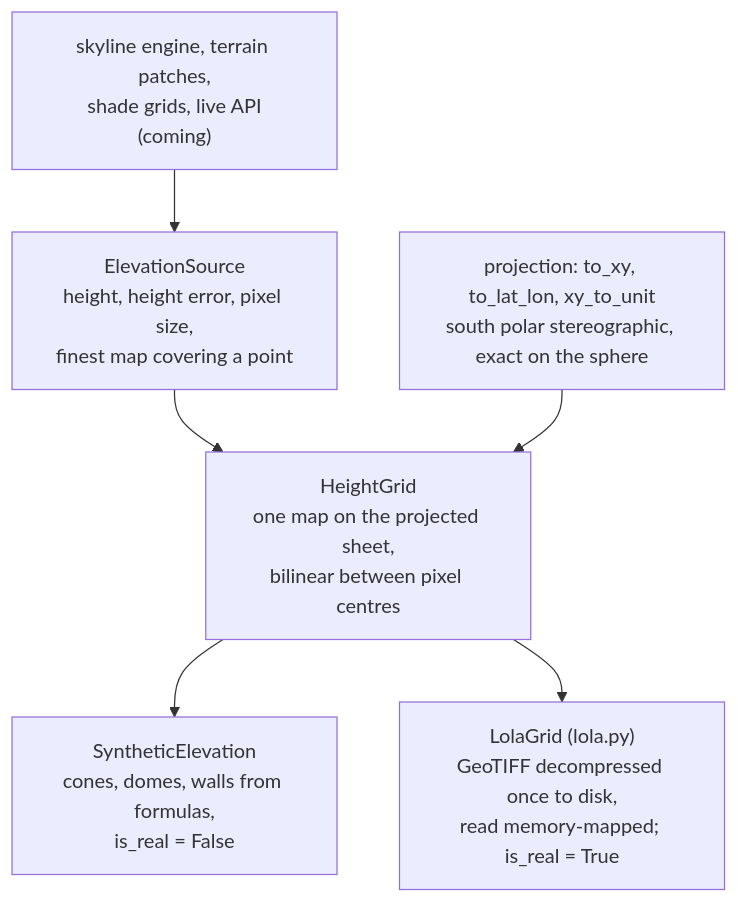
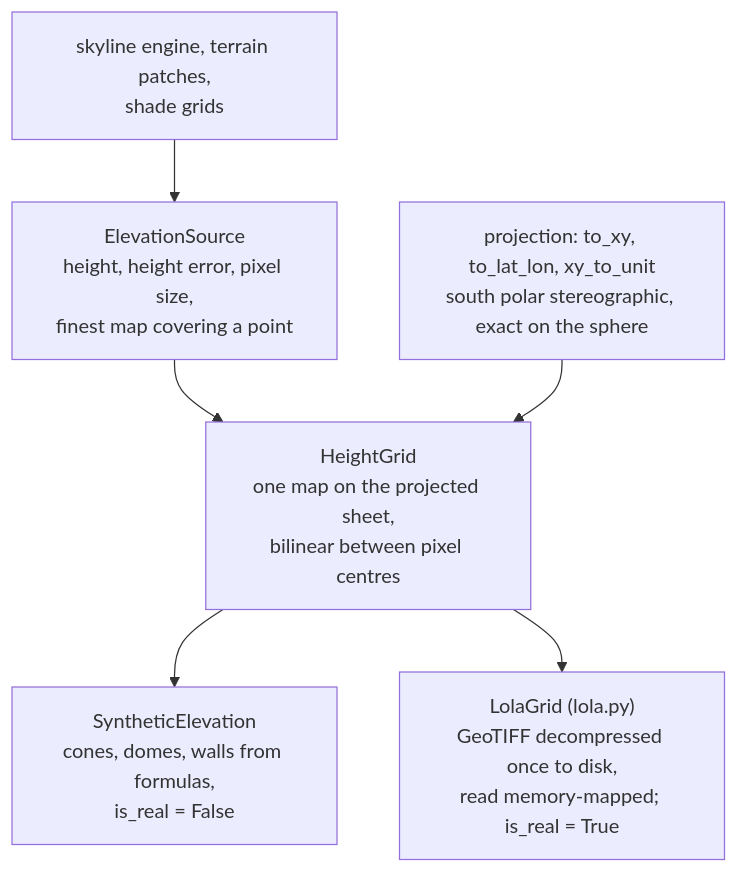
Before and after one commit to Yacin1102/Lunar-Landing-Site-Navigator: the third of 8 diagrams in docs/ARCHITECTURE.md, drawn with Mermaid. The commit also changed other lines of this file and 33 other files, not shown here.

First line of the commit message:
Remove the live API and custom coordinates; tidy the repository

````diff
--- a/docs/ARCHITECTURE.md
+++ b/docs/ARCHITECTURE.md
@@ -94,8 +92,8 @@
 ```mermaid
 flowchart TD
-    users["skyline engine, terrain patches,<br/>shade grids, live API<br/>(coming)"] --> source[ElevationSource<br/>height, height error, pixel size,<br/>finest map covering a point]
+    users["skyline engine, terrain patches,<br/>shade grids"] --> source[ElevationSource<br/>height, height error, pixel size,<br/>finest map covering a point]
     source --> grid[HeightGrid<br/>one map on the projected sheet,<br/>bilinear between pixel centres]
     grid --> synth[SyntheticElevation<br/>cones, domes, walls from formulas,<br/>is_real = False]
     grid --> lola["LolaGrid (lola.py)<br/>GeoTIFF decompressed once to disk,<br/>read memory-mapped; is_real = True"]
     proj["projection: to_xy, to_lat_lon, xy_to_unit<br/>south polar stereographic, exact on the sphere"] --> grid
 ```
````
